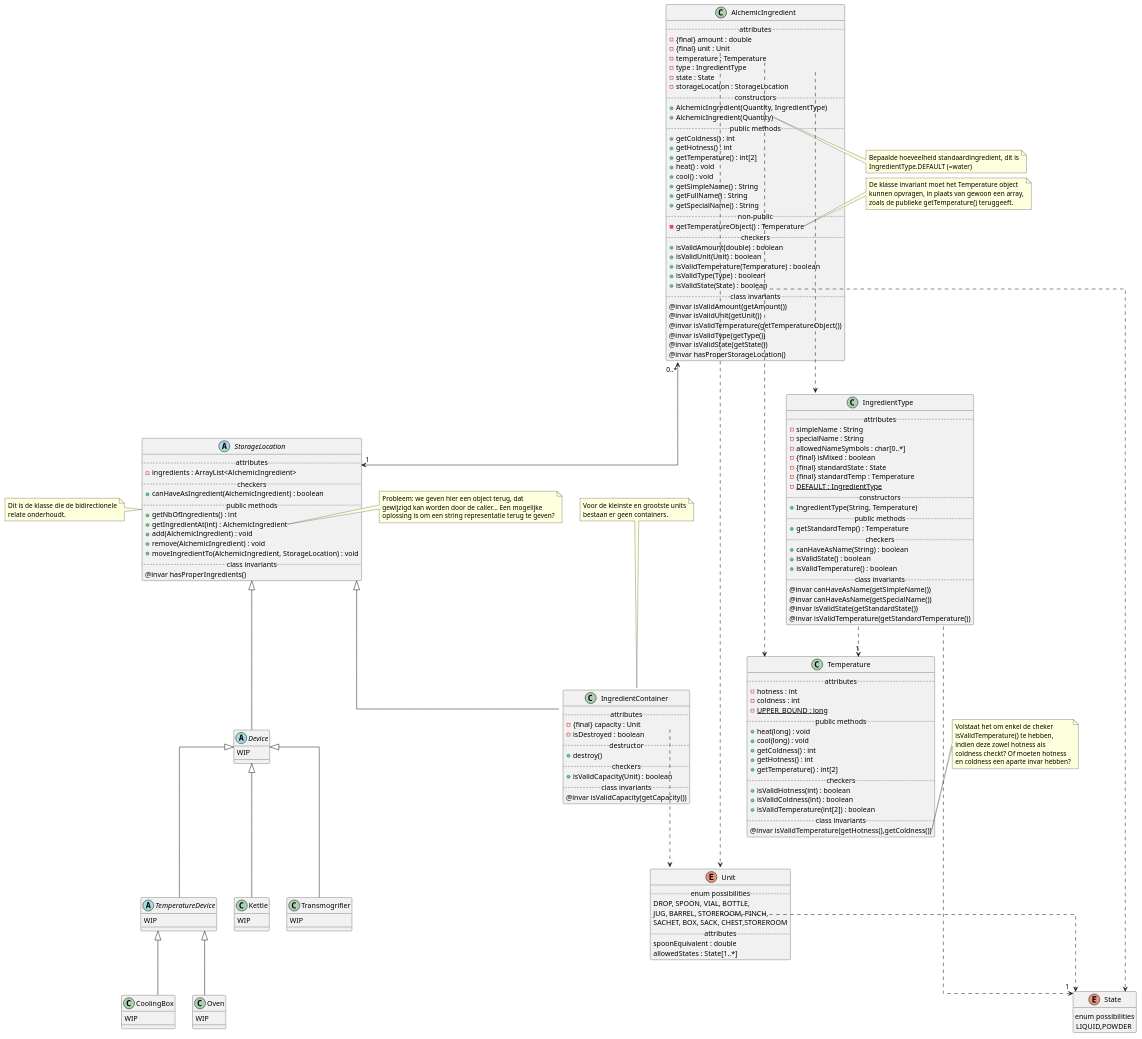
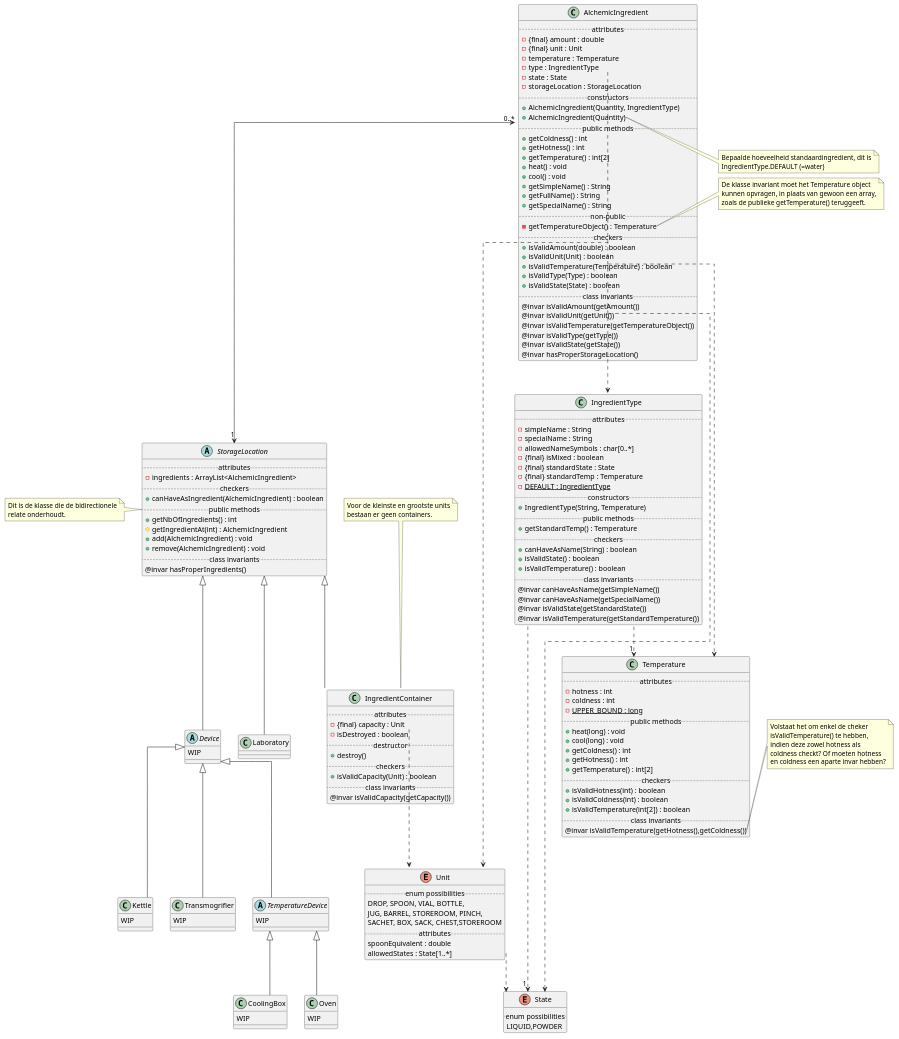
The diagram in class-diagram/vincent.puml (vanschependom/KULAK_ogp-examenproject), drawn with PlantUML before and after one commit. The commit also changed 11 other files, not shown here.

```diff
--- a/class-diagram/vincent.puml
+++ b/class-diagram/vincent.puml
@@ -142,19 +142,12 @@
 + canHaveAsIngredient(AlchemicIngredient) : boolean
 ..public methods..
 + getNbOfIngredients() : int
-+ getIngredientAt(int) : AlchemicIngredient
+# getIngredientAt(int) : AlchemicIngredient
 + add(AlchemicIngredient) : void
 + remove(AlchemicIngredient) : void
-+ moveIngredientTo(AlchemicIngredient, StorageLocation) : void
 ..class invariants..
 @invar hasProperIngredients()
 }
-
-note right of StorageLocation::getIngredientAt
-    Probleem: we geven hier een object terug, dat
-    gewijzigd kan worden door de caller... Een mogelijke
-    oplossing is om een string representatie terug te geven?
-end note
 
 note left of StorageLocation
     Dit is de klasse die de bidirectionele
@@ -192,8 +185,8 @@
 '
 abstract class TemperatureDevice extends Device {
 WIP
-'- temperature : Temperature
-'+ setTemperature(Temperature) : void
+'- temperature : rpg.Temperature
+'+ setTemperature(rpg.Temperature) : void
 '+ addIngredients(IngredientContainer) : void
 }
 '
@@ -223,16 +216,16 @@
 }
 
 '
-'class Laboratory {
+class Laboratory extends StorageLocation {
 '- capacity : int
 '- ingredients : ArrayList<AlchemicIngredient>
 '- devices : ArrayList<Device>
 '+ storeIngredient(IngredientContainer) : void
-'+ obtainIngredient(String, Quantity) : IngredientContainer
+'+ obtainIngredient(String, rpg.Quantity) : IngredientContainer
 '+ obtainIngredient(String) : IngredientContainer
 '+ getOverview() : String
 '+ {abstract} execute(Recipe, int) : void
-'}
+}
 '
 'Laboratory --> "0..*" AlchemicIngredient
 'Laboratory "1" <--> "0..4" Device
```
